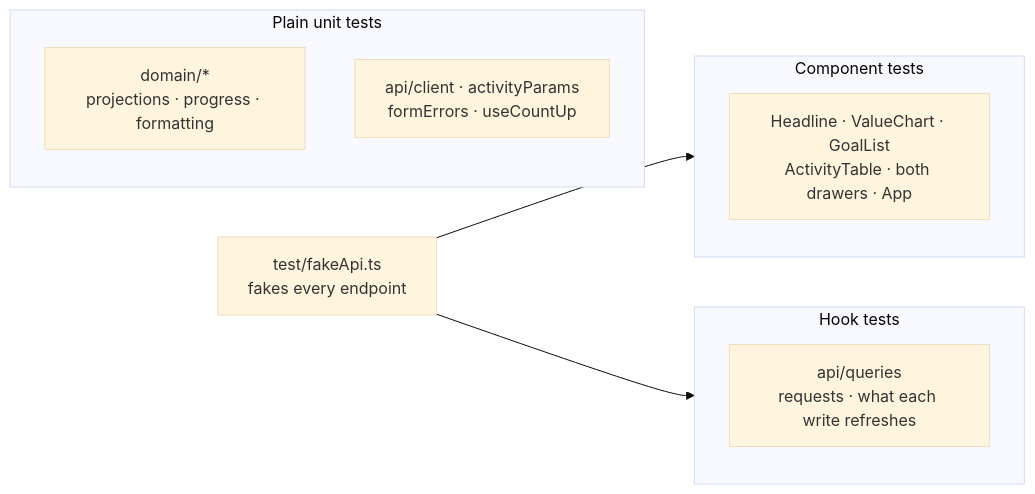
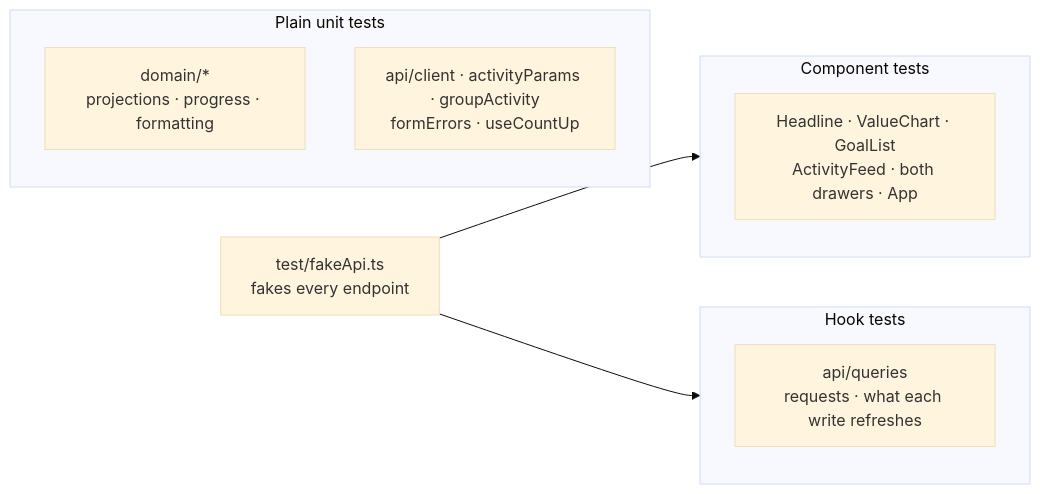
Before and after one commit to LBakerDev/meridian-dashboard: the ninth of 9 diagrams in docs/architecture.md, drawn with Mermaid (base theme). The commit also changed other lines of this file and 21 other files, not shown here.

Commit message:
feat(activity): day-grouped feed with combined monthly deposits, goal filter, show more

````diff
--- a/docs/architecture.md
+++ b/docs/architecture.md
@@ -221,15 +221,15 @@
 ```mermaid
 flowchart LR
   subgraph Unit["Plain unit tests"]
     D["domain/*<br/>projections · progress · formatting"]
-    C["api/client · activityParams<br/>formErrors · useCountUp"]
+    C["api/client · activityParams · groupActivity<br/>formErrors · useCountUp"]
   end
   subgraph Hooks["Hook tests"]
     H["api/queries<br/>requests · what each write refreshes"]
   end
   subgraph UI["Component tests"]
-    U["Headline · ValueChart · GoalList<br/>ActivityTable · both drawers · App"]
+    U["Headline · ValueChart · GoalList<br/>ActivityFeed · both drawers · App"]
   end
   Fake["test/fakeApi.ts<br/>fakes every endpoint"] --> UI
   Fake --> Hooks
 ```
````
